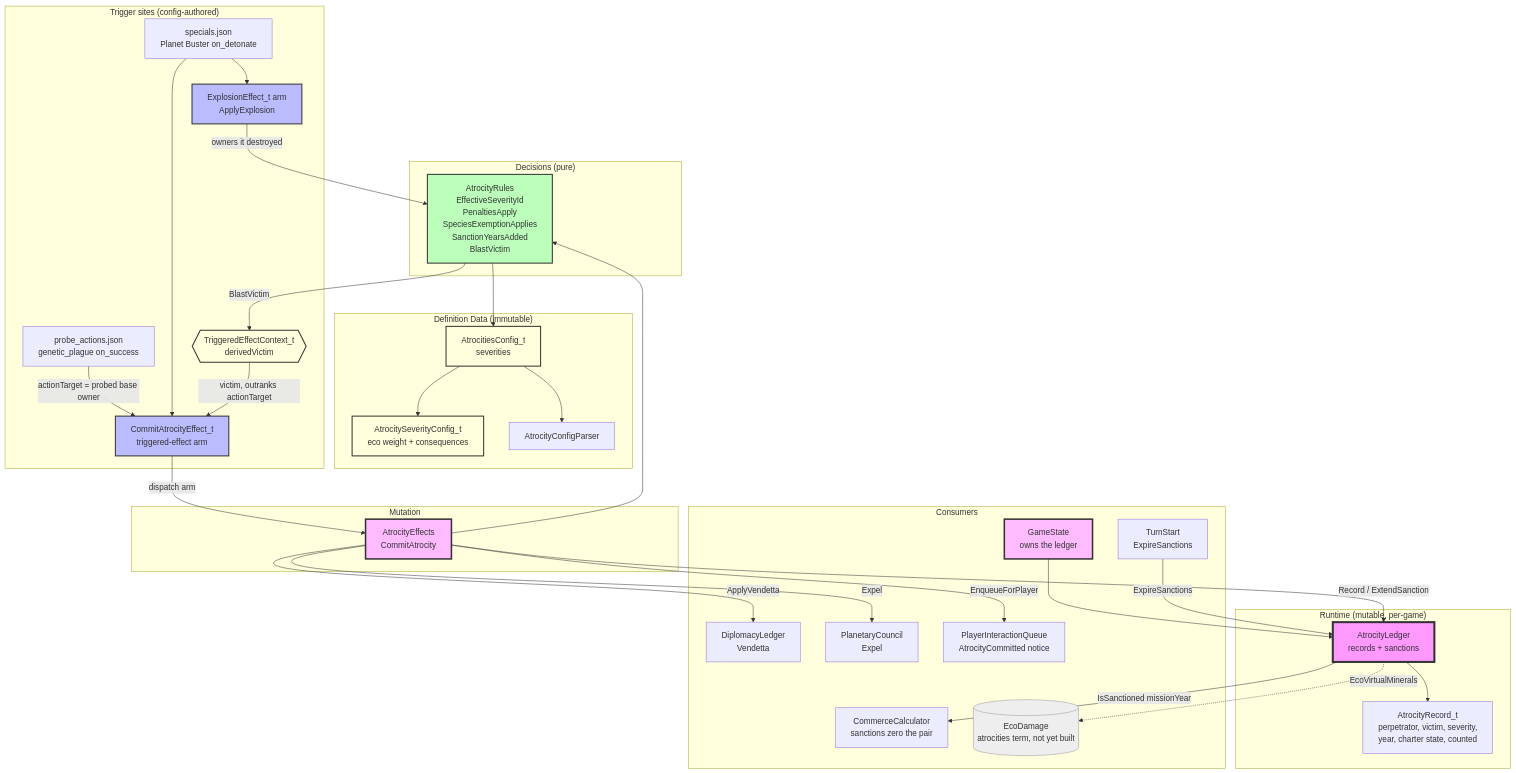
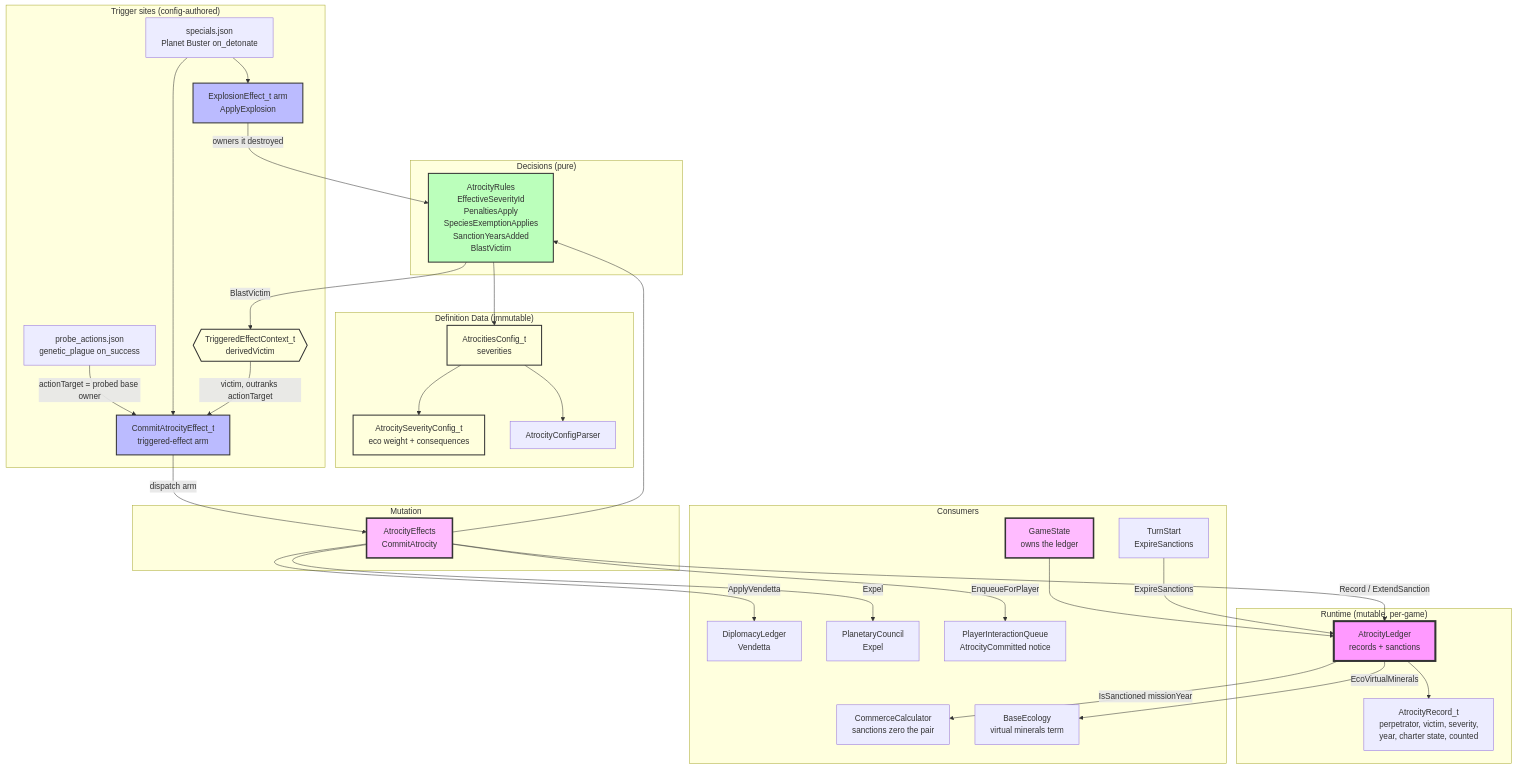
One commit to kilianloftis/alpha-centauri changed the diagram in docs/architecture/atrocity-system.md. Above: the diagram before and after it, drawn with Mermaid. The commit also changed 83 other files, not shown here.

Commit message:
EcoDamage

````diff
--- a/docs/architecture/atrocity-system.md
+++ b/docs/architecture/atrocity-system.md
@@ -3,75 +3,74 @@
 ```mermaid
 graph TB
     subgraph "Runtime (mutable, per-game)"
         AtrocityLedger[AtrocityLedger<br/>records + sanctions]
         AtrocityRecord[AtrocityRecord_t<br/>perpetrator, victim, severity,<br/>year, charter state, counted]
     end
 
     subgraph "Decisions (pure)"
         AtrocityRules[AtrocityRules<br/>EffectiveSeverityId<br/>PenaltiesApply<br/>SpeciesExemptionApplies<br/>SanctionYearsAdded<br/>BlastVictim]
     end
 
     subgraph "Mutation"
         AtrocityEffects[AtrocityEffects<br/>CommitAtrocity]
     end
 
     subgraph "Definition Data (immutable)"
         AtrocitiesConfig[AtrocitiesConfig_t<br/>severities]
         SeverityConfig[AtrocitySeverityConfig_t<br/>eco weight + consequences]
         AtrocityParser[AtrocityConfigParser]
     end
 
     subgraph "Trigger sites (config-authored)"
         CommitArm[CommitAtrocityEffect_t<br/>triggered-effect arm]
         ProbeActions[probe_actions.json<br/>genetic_plague on_success]
         Warheads[specials.json<br/>Planet Buster on_detonate]
         ExplosionArm[ExplosionEffect_t arm<br/>ApplyExplosion]
         DerivedVictim{{"TriggeredEffectContext_t<br/>derivedVictim"}}
     end
 
     subgraph "Consumers"
         GameState[GameState<br/>owns the ledger]
         DiplomacyLedger[DiplomacyLedger<br/>Vendetta]
         PlanetaryCouncil[PlanetaryCouncil<br/>Expel]
         CommerceCalculator[CommerceCalculator<br/>sanctions zero the pair]
-        EcoDamage[(EcoDamage<br/>atrocities term, not yet built)]
+        EcoDamage[BaseEcology<br/>virtual minerals term]
         TurnStart[TurnStart<br/>ExpireSanctions]
         Notices[PlayerInteractionQueue<br/>AtrocityCommitted notice]
     end
 
     GameState --> AtrocityLedger
     AtrocityLedger --> AtrocityRecord
 
     ProbeActions -->|actionTarget = probed base owner| CommitArm
     Warheads --> ExplosionArm
     Warheads --> CommitArm
     ExplosionArm -->|owners it destroyed| AtrocityRules
     AtrocityRules -->|BlastVictim| DerivedVictim
     DerivedVictim -->|victim, outranks actionTarget| CommitArm
     CommitArm -->|dispatch arm| AtrocityEffects
 
     AtrocityEffects --> AtrocityRules
     AtrocityEffects -->|Record / ExtendSanction| AtrocityLedger
     AtrocityEffects -->|ApplyVendetta| DiplomacyLedger
     AtrocityEffects -->|Expel| PlanetaryCouncil
     AtrocityEffects -->|EnqueueForPlayer| Notices
 
     AtrocityRules --> AtrocitiesConfig
     AtrocitiesConfig --> SeverityConfig
     AtrocitiesConfig --> AtrocityParser
 
     AtrocityLedger -->|IsSanctioned missionYear| CommerceCalculator
-    AtrocityLedger -.->|EcoVirtualMinerals| EcoDamage
+    AtrocityLedger -->|EcoVirtualMinerals| EcoDamage
     TurnStart -->|ExpireSanctions| AtrocityLedger
 
     style AtrocityLedger fill:#f9f,stroke:#333,stroke-width:4px
     style AtrocityEffects fill:#fbf,stroke:#333,stroke-width:3px
     style AtrocityRules fill:#bfb,stroke:#333,stroke-width:2px
     style AtrocitiesConfig fill:#ffd,stroke:#333,stroke-width:2px
     style SeverityConfig fill:#ffd,stroke:#333,stroke-width:2px
     style CommitArm fill:#bbf,stroke:#333,stroke-width:2px
     style ExplosionArm fill:#bbf,stroke:#333,stroke-width:2px
     style DerivedVictim fill:#ffd,stroke:#333,stroke-width:2px
     style GameState fill:#fbf,stroke:#333,stroke-width:3px
-    style EcoDamage fill:#eee,stroke:#999,stroke-width:1px
 ```
````
